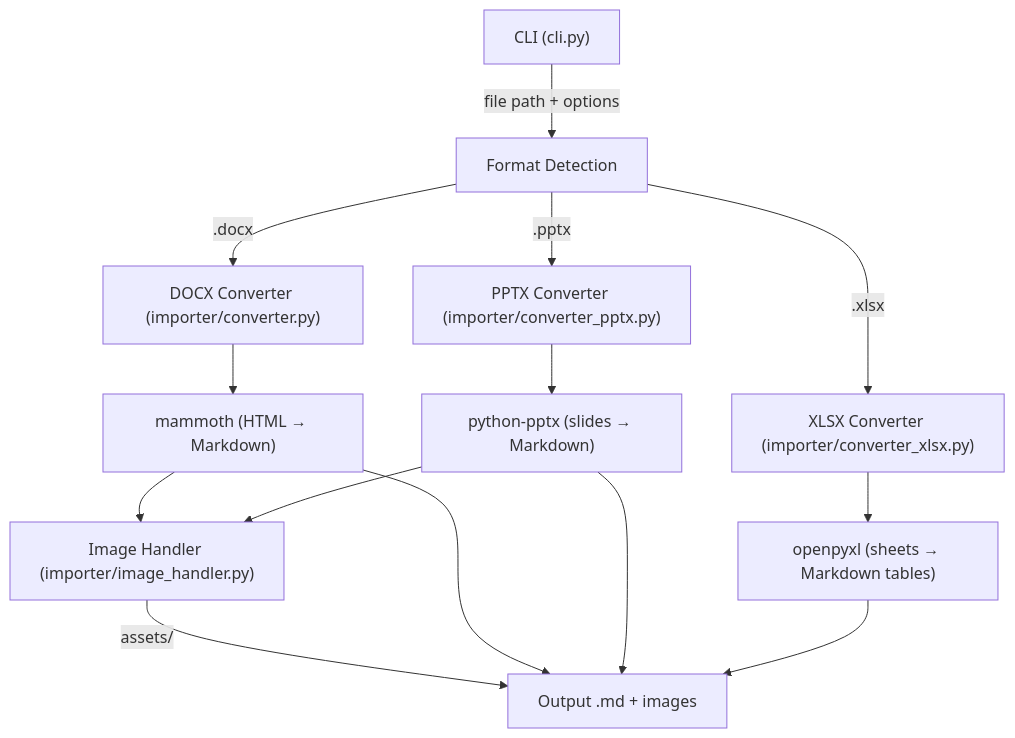
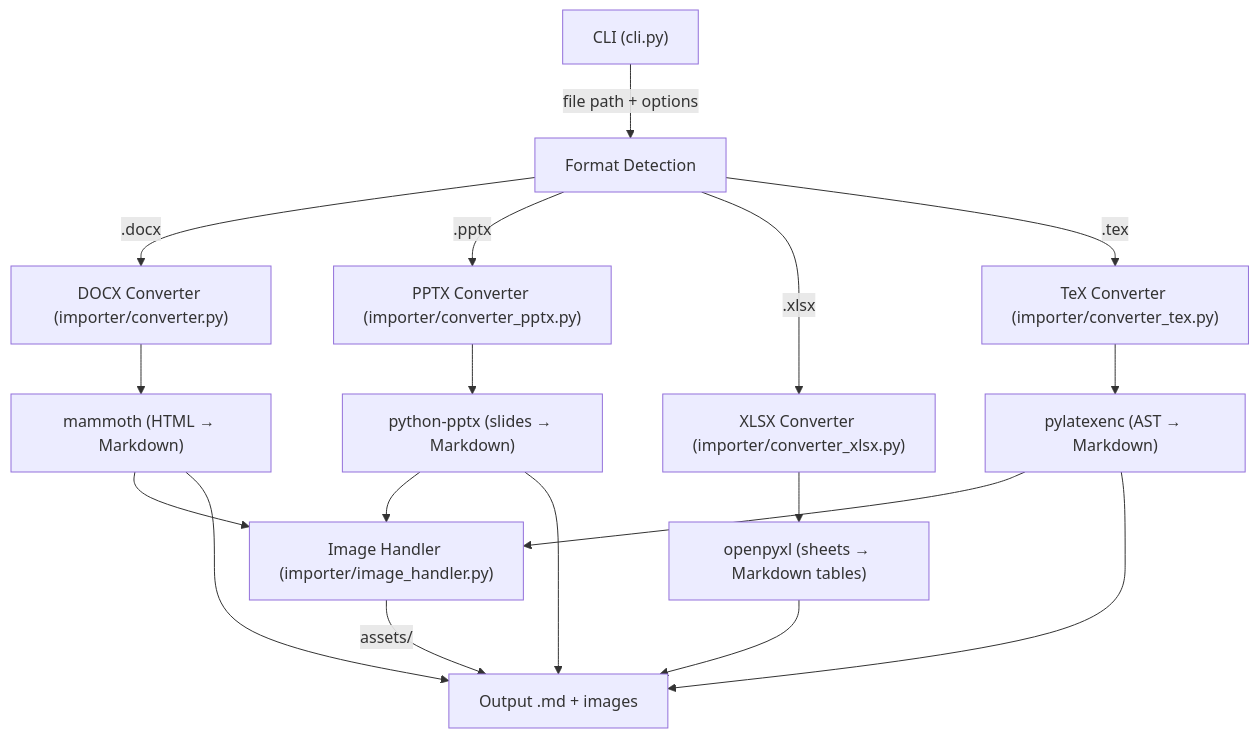
The second of 2 diagrams in docs/docs/architecture.md (hutchins/leafpress), drawn with Mermaid before and after one commit. The commit also changed other lines of this file and 23 other files, not shown here.

First line of the commit message:
Add LaTeX import converter, extract shared importer base, and comprehensive test fixtures

````diff
--- a/docs/docs/architecture.md
+++ b/docs/docs/architecture.md
@@ -152,16 +152,20 @@
 ```mermaid
 flowchart TD
     CLI["CLI (cli.py)"] --> |"file path + options"| DET["Format Detection"]
     DET --> |".docx"| DOCXI["DOCX Converter (importer/converter.py)"]
     DET --> |".pptx"| PPTXI["PPTX Converter (importer/converter_pptx.py)"]
     DET --> |".xlsx"| XLSXI["XLSX Converter (importer/converter_xlsx.py)"]
+    DET --> |".tex"| TEXI["TeX Converter (importer/converter_tex.py)"]
     DOCXI --> MAM["mammoth (HTML → Markdown)"]
     PPTXI --> PPT["python-pptx (slides → Markdown)"]
     XLSXI --> OPX["openpyxl (sheets → Markdown tables)"]
+    TEXI --> PLE["pylatexenc (AST → Markdown)"]
     MAM --> IMG["Image Handler (importer/image_handler.py)"]
     PPT --> IMG
+    PLE --> IMG
     IMG --> |"assets/"| OUT["Output .md + images"]
     MAM --> OUT
     PPT --> OUT
     OPX --> OUT
+    PLE --> OUT
 ```
````
